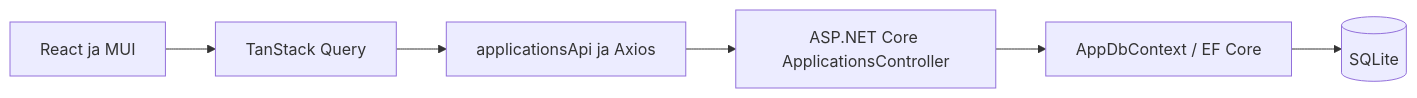
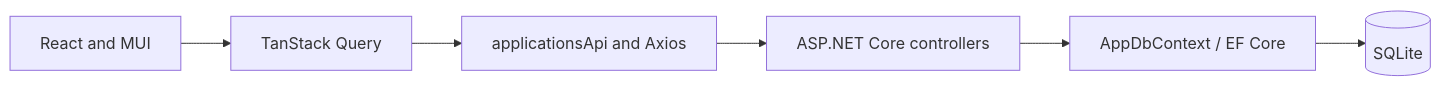
The diagram in docs/how-it-works.md (rikulahdeaho/JobTracker-V2), drawn with Mermaid before and after one commit. The commit also changed other lines of this file and 44 other files, not shown here.

````diff
--- a/docs/how-it-works.md
+++ b/docs/how-it-works.md
@@ -12,8 +13,8 @@
 ```mermaid
 flowchart LR
-    UI[React ja MUI] --> Query[TanStack Query]
-    Query --> Client[applicationsApi ja Axios]
-    Client --> API[ASP.NET Core ApplicationsController]
+    UI[React and MUI] --> Query[TanStack Query]
+    Query --> Client[applicationsApi and Axios]
+    Client --> API[ASP.NET Core controllers]
     API --> EF[AppDbContext / EF Core]
     EF --> DB[(SQLite)]
 ```
````
